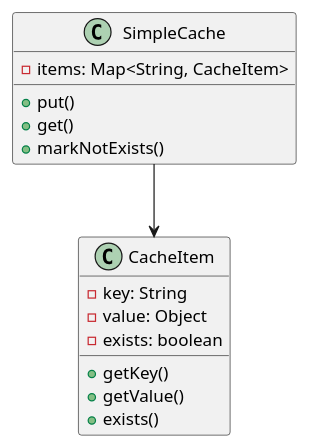
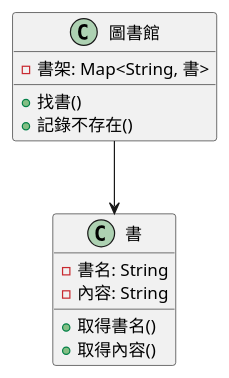
The first of 3 diagrams in doc/learning/architecture/cache_penetration_tutorial.md (fine5351/info-sync), drawn with PlantUML before and after one commit. The commit also changed other lines of this file and 35 other files, not shown here.

````diff
--- a/doc/learning/architecture/cache_penetration_tutorial.md
+++ b/doc/learning/architecture/cache_penetration_tutorial.md
@@ -61,21 +45,18 @@
 ```plantuml
 @startuml
-class CacheItem {
-    - key: String
-    - value: Object
-    - exists: boolean
-    + getKey()
-    + getValue()
-    + exists()
+class 圖書館 {
+    - 書架: Map<String, 書>
+    + 找書()
+    + 記錄不存在()
 }
 
-class SimpleCache {
-    - items: Map<String, CacheItem>
-    + put()
-    + get()
-    + markNotExists()
+class 書 {
+    - 書名: String
+    - 內容: String
+    + 取得書名()
+    + 取得內容()
 }
 
-SimpleCache --> CacheItem
+圖書館 --> 書
 @enduml
 ```
````
